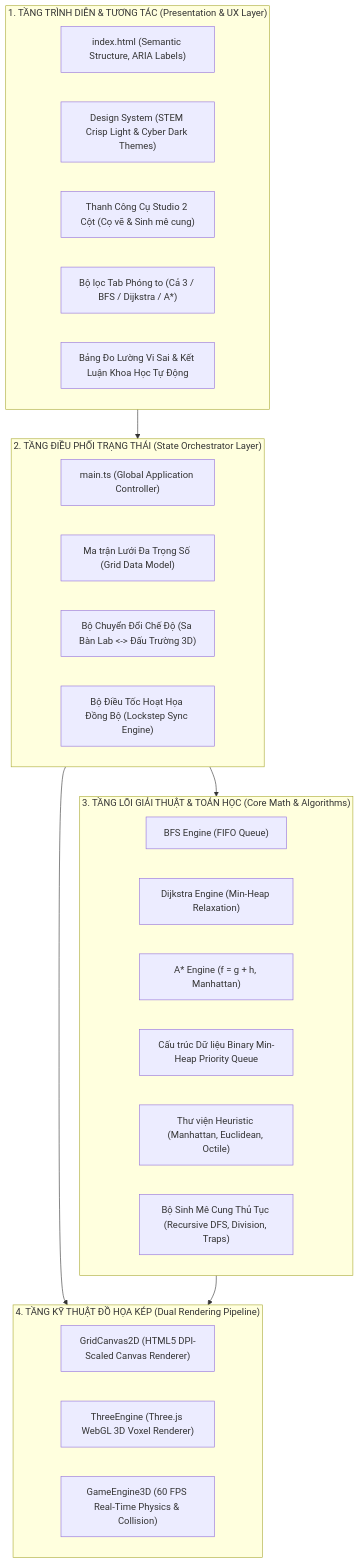
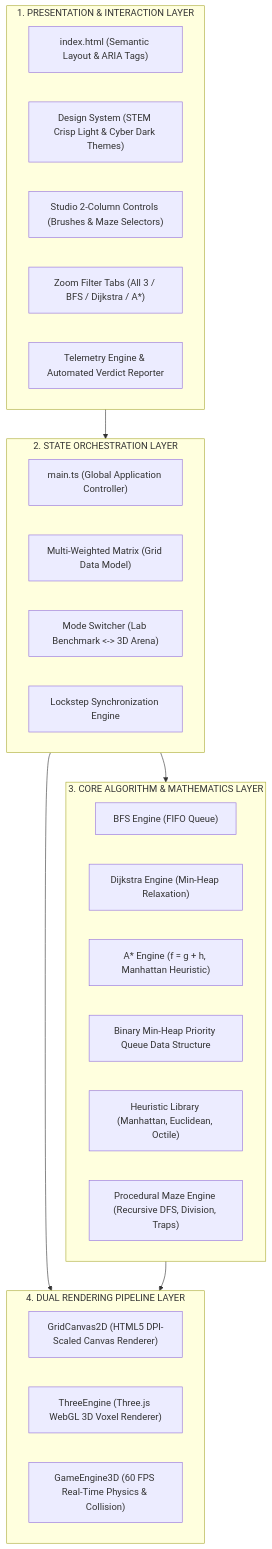
Before and after one commit to minhduc01168/pathfinding-visualizer-3d: the sixth of 7 diagrams in docs/PathQuest_Technical_Analysis.md, drawn with Mermaid. The commit also changed other lines of this file and 1 other file, not shown here.

Commit message:
docs: standardize Mermaid diagrams to English and fix rendering syntax errors

````diff
--- a/docs/PathQuest_Technical_Analysis.md
+++ b/docs/PathQuest_Technical_Analysis.md
@@ -442,37 +447,37 @@
 ```mermaid
-graph TD
-    subgraph Layer1["1. TẦNG TRÌNH DIỄN & TƯƠNG TÁC (Presentation & UX Layer)"]
-        HTML["index.html (Semantic Structure, ARIA Labels)"]
+flowchart TD
+    subgraph Layer1["1. PRESENTATION & INTERACTION LAYER"]
+        HTML["index.html (Semantic Layout & ARIA Tags)"]
         CSS["Design System (STEM Crisp Light & Cyber Dark Themes)"]
-        Toolbar["Thanh Công Cụ Studio 2 Cột (Cọ vẽ & Sinh mê cung)"]
-        ZoomTabs["Bộ lọc Tab Phóng to (Cả 3 / BFS / Dijkstra / A*)"]
-        Dashboard["Bảng Đo Lường Vi Sai & Kết Luận Khoa Học Tự Động"]
+        Toolbar["Studio 2-Column Controls (Brushes & Maze Selectors)"]
+        ZoomTabs["Zoom Filter Tabs (All 3 / BFS / Dijkstra / A*)"]
+        Dashboard["Telemetry Engine & Automated Verdict Reporter"]
     end
 
-    subgraph Layer2["2. TẦNG ĐIỀU PHỐI TRẠNG THÁI (State Orchestrator Layer)"]
+    subgraph Layer2["2. STATE ORCHESTRATION LAYER"]
         Main["main.ts (Global Application Controller)"]
-        GridState["Ma trận Lưới Đa Trọng Số (Grid Data Model)"]
-        ModeManager["Bộ Chuyển Đổi Chế Độ (Sa Bàn Lab <-> Đấu Trường 3D)"]
-        LockstepEngine["Bộ Điều Tốc Hoạt Họa Đồng Bộ (Lockstep Sync Engine)"]
+        GridState["Multi-Weighted Matrix (Grid Data Model)"]
+        ModeManager["Mode Switcher (Lab Benchmark <-> 3D Arena)"]
+        LockstepEngine["Lockstep Synchronization Engine"]
     end
 
-    subgraph Layer3["3. TẦNG LÕI GIẢI THUẬT & TOÁN HỌC (Core Math & Algorithms)"]
+    subgraph Layer3["3. CORE ALGORITHM & MATHEMATICS LAYER"]
         BFS["BFS Engine (FIFO Queue)"]
         Dijkstra["Dijkstra Engine (Min-Heap Relaxation)"]
-        AStar["A* Engine (f = g + h, Manhattan)"]
-        MinHeap["Cấu trúc Dữ liệu Binary Min-Heap Priority Queue"]
-        Heuristics["Thư viện Heuristic (Manhattan, Euclidean, Octile)"]
-        MazeGen["Bộ Sinh Mê Cung Thủ Tục (Recursive DFS, Division, Traps)"]
+        AStar["A* Engine (f = g + h, Manhattan Heuristic)"]
+        MinHeap["Binary Min-Heap Priority Queue Data Structure"]
+        Heuristics["Heuristic Library (Manhattan, Euclidean, Octile)"]
+        MazeGen["Procedural Maze Engine (Recursive DFS, Division, Traps)"]
     end
 
-    subgraph Layer4["4. TẦNG KỸ THUẬT ĐỒ HỌA KÉP (Dual Rendering Pipeline)"]
+    subgraph Layer4["4. DUAL RENDERING PIPELINE LAYER"]
         Canvas2D["GridCanvas2D (HTML5 DPI-Scaled Canvas Renderer)"]
         ThreeEngine["ThreeEngine (Three.js WebGL 3D Voxel Renderer)"]
         GameEngine3D["GameEngine3D (60 FPS Real-Time Physics & Collision)"]
     end
 
     Layer1 --> Layer2
     Layer2 --> Layer3
     Layer2 --> Layer4
     Layer3 --> Layer4
 ```
````
